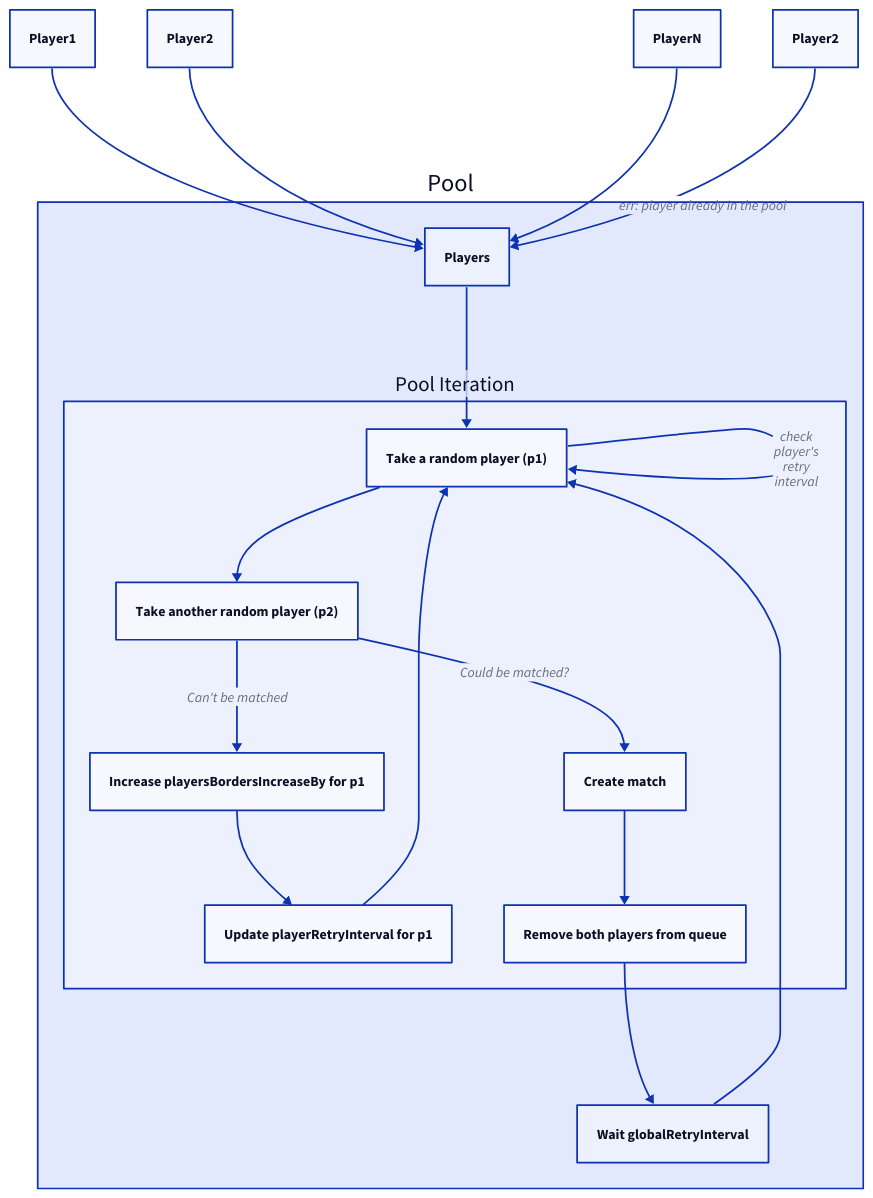
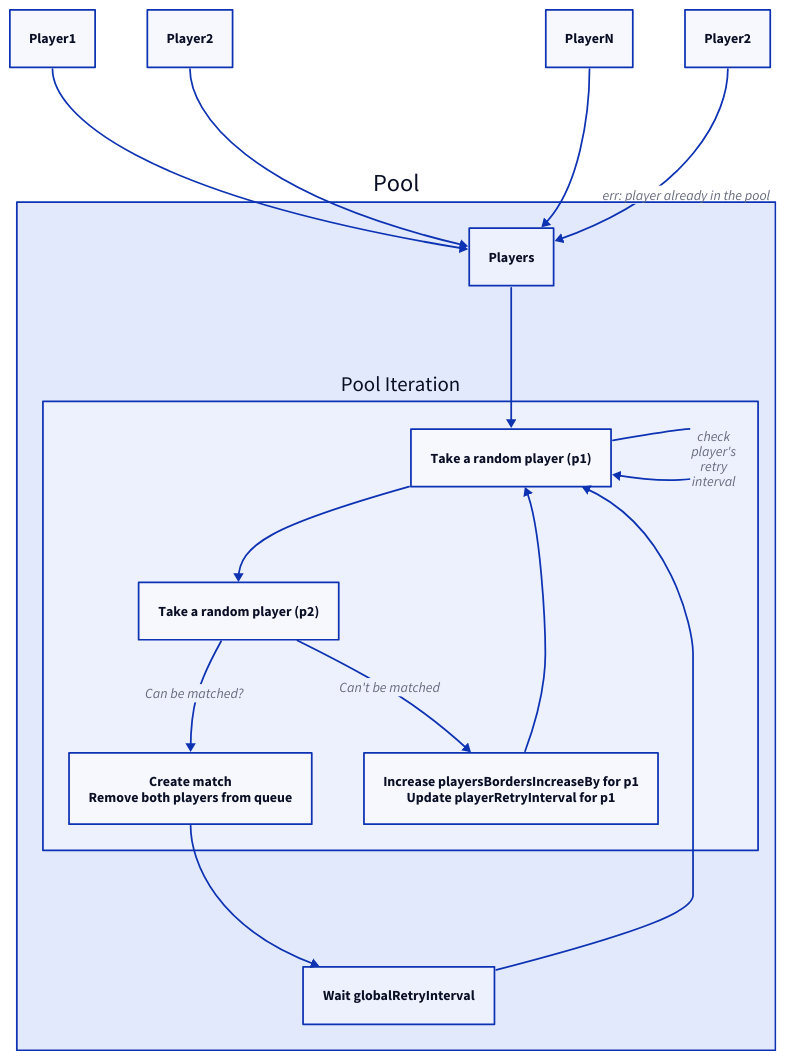
Before and after one commit to ravsii/elgo: the diagram in docs/d2/pool.d2, drawn with D2. The commit also changed 3 other files, not shown here.

Commit message:
docs: update diagram

```diff
--- a/docs/d2/pool.d2
+++ b/docs/d2/pool.d2
@@ -1,18 +1,33 @@
 Player1 -> Pool.Players
 Player2 -> Pool.Players
 PlayerN -> Pool.Players
+
 Player2Err: Player2
 Player2Err -> Pool.Players: "err: player already in the pool"
 
-Pool: {
-  Players -> Pool Iteration.Take a random player (p1)
-  Pool Iteration: {
-    Take a random player (p1) -> Take a random player (p1): check\nplayer's\nretry\ninterval
-    Take a random player (p1) -> Take another random player (p2)
-    Take another random player (p2) -> Create match: Could be matched?
-    Take another random player (p2) -> Increase playersBordersIncreaseBy for p1: Can't be matched
-    Increase playersBordersIncreaseBy for p1 -> Update playerRetryInterval for p1 -> Take a random player (p1)
-    Create Match -> Remove both players from queue
-  }
-  Pool Iteration.Remove both players from queue -> Wait globalRetryInterval -> Pool Iteration.Take a random player (p1)
+Pool.Players -> Pool.Pool Iteration.p1
+
+Pool.Pool Iteration.p1 -> Pool.Pool Iteration.p1: check\nplayer's\nretry\ninterval
+Pool.Pool Iteration.p1 -> Pool.Pool Iteration.p2
+
+Pool.Pool Iteration.p1: {
+  label: Take a random player (p1)
 }
+
+Pool.Pool Iteration.p2: {
+  label: Take a random player (p2)
+}
+
+Pool.Pool Iteration.p2 -> Pool.Pool Iteration.can_match: Can be matched?
+Pool.Pool Iteration.p2 -> Pool.Pool Iteration.cant_match: Can't be matched
+Pool.Pool Iteration.cant_match -> Pool.Pool Iteration.p1
+
+Pool.Pool Iteration.can_match: {
+  label: "Create match\nRemove both players from queue"
+}
+
+Pool.Pool Iteration.cant_match: {
+  label: "Increase playersBordersIncreaseBy for p1\nUpdate playerRetryInterval for p1 "
+}
+
+Pool.Pool Iteration.can_match -> Pool.Wait globalRetryInterval -> Pool.Pool Iteration.p1
```
